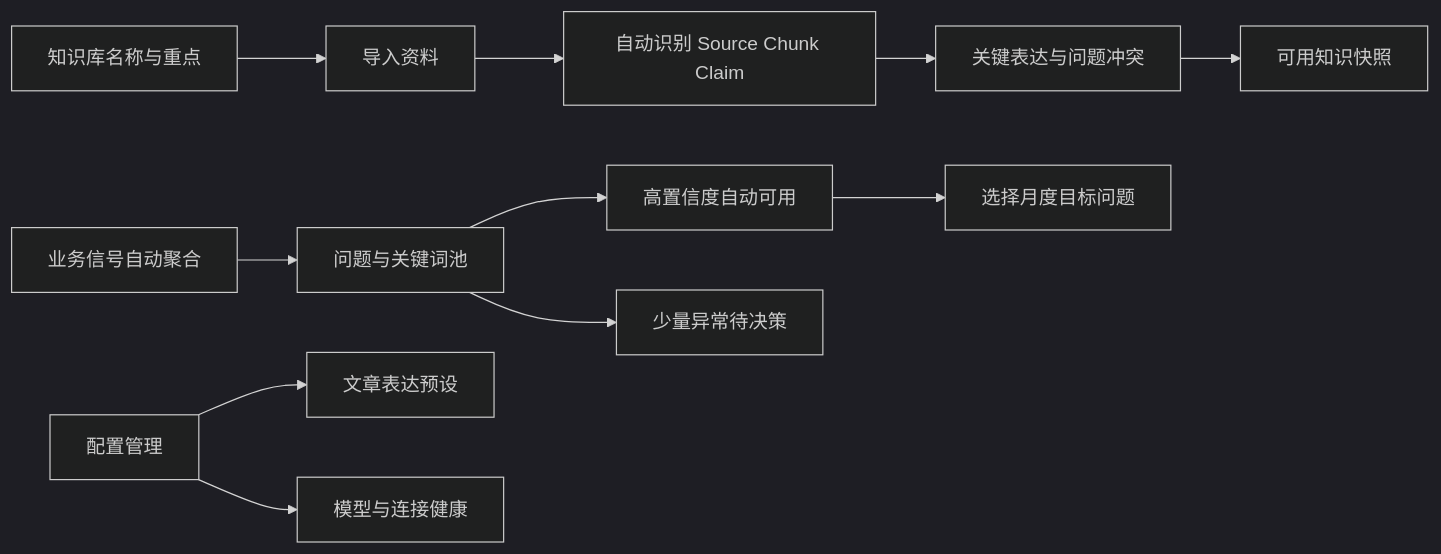
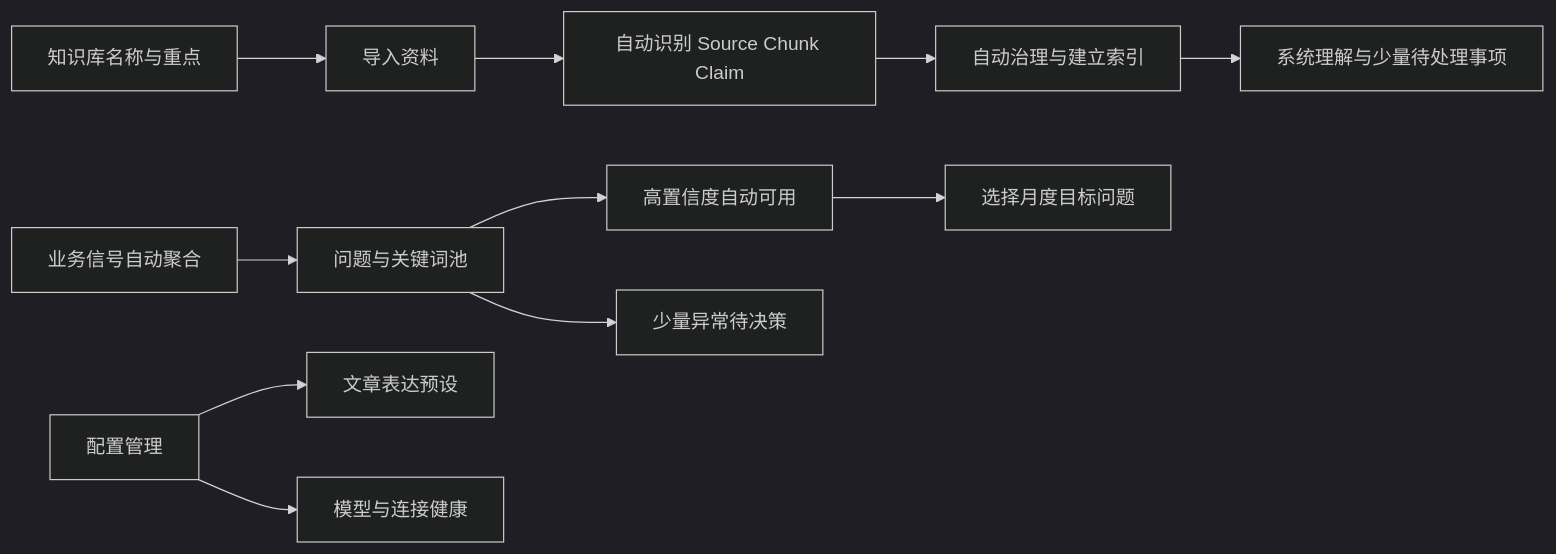
One commit to 1736280642-Star/gtm-content-growth-workbench changed the diagram in docs/方案与规划/分支一-知识问题与配置管理开发文档.md. Above: the diagram before and after it, drawn with Mermaid (dark theme). The commit also changed other lines of this file, not shown here.

````diff
--- a/docs/方案与规划/分支一-知识问题与配置管理开发文档.md
+++ b/docs/方案与规划/分支一-知识问题与配置管理开发文档.md
@@ -20,14 +20,14 @@
 ```mermaid
 flowchart LR
     A["知识库名称与重点"] --> B["导入资料"]
     B --> C["自动识别 Source Chunk Claim"]
-    C --> D["关键表达与问题冲突"]
-    D --> E["可用知识快照"]
+    C --> D["自动治理与建立索引"]
+    D --> E["系统理解与少量待处理事项"]
 
     F["业务信号自动聚合"] --> G["问题与关键词池"]
     G --> H["高置信度自动可用"]
     G --> I["少量异常待决策"]
     H --> J["选择月度目标问题"]
     K["配置管理"] --> L["文章表达预设"]
     K --> M["模型与连接健康"]
 ```
````
